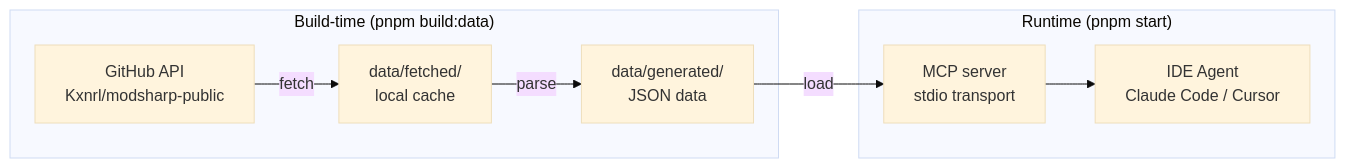
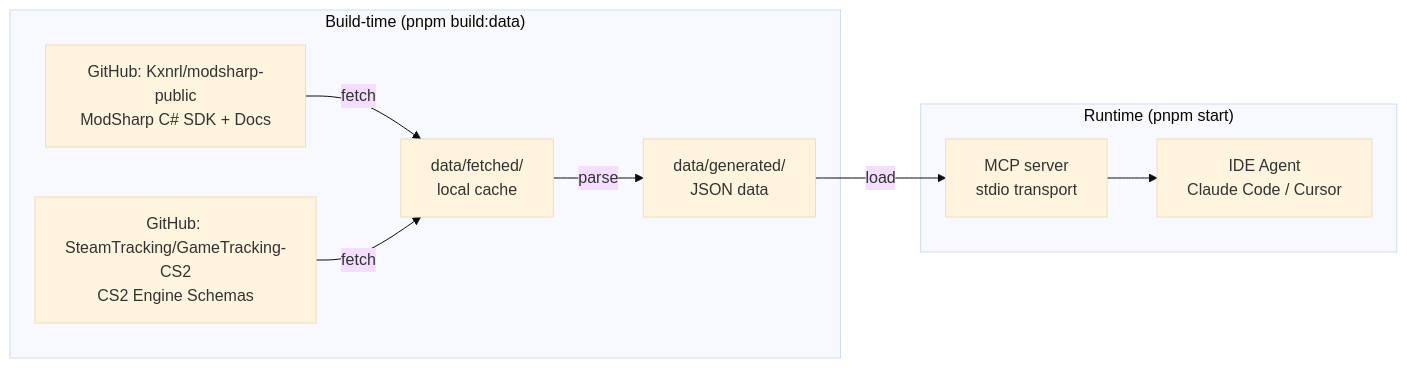
The diagram in README.md (hnrobert/modsharp-public-mcp), drawn with Mermaid (base theme) before and after one commit. The commit also changed other lines of this file and 17 other files, not shown here.

First line of the commit message:
feat: add cs2/source2 schema support and search func

````diff
--- a/README.md
+++ b/README.md
@@ -104,11 +108,12 @@
 ```mermaid
 graph LR
   subgraph build["Build-time (pnpm build:data)"]
-    A[GitHub API<br/>Kxnrl/modsharp-public] -->|fetch| B[data/fetched/<br/>local cache]
+    A[GitHub: Kxnrl/modsharp-public<br/>ModSharp C# SDK + Docs] -->|fetch| B[data/fetched/<br/>local cache]
+    F[GitHub: SteamTracking/GameTracking-CS2<br/>CS2 Engine Schemas] -->|fetch| B
     B -->|parse| C[data/generated/<br/>JSON data]
   end
   subgraph runtime["Runtime (pnpm start)"]
     C -->|load| D[MCP server<br/>stdio transport]
     D --> E[IDE Agent<br/>Claude Code / Cursor]
   end
 ```
````
